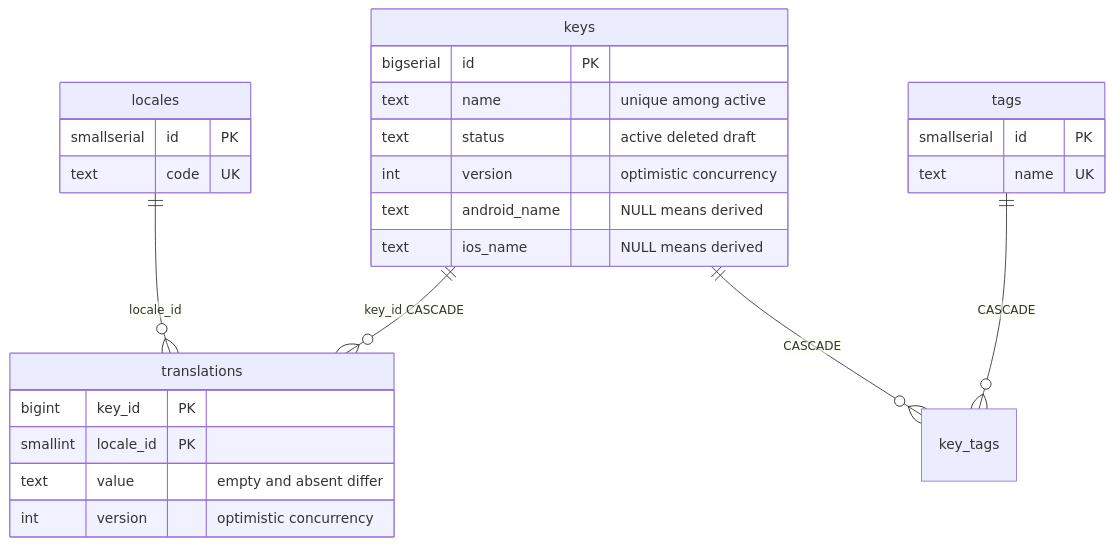
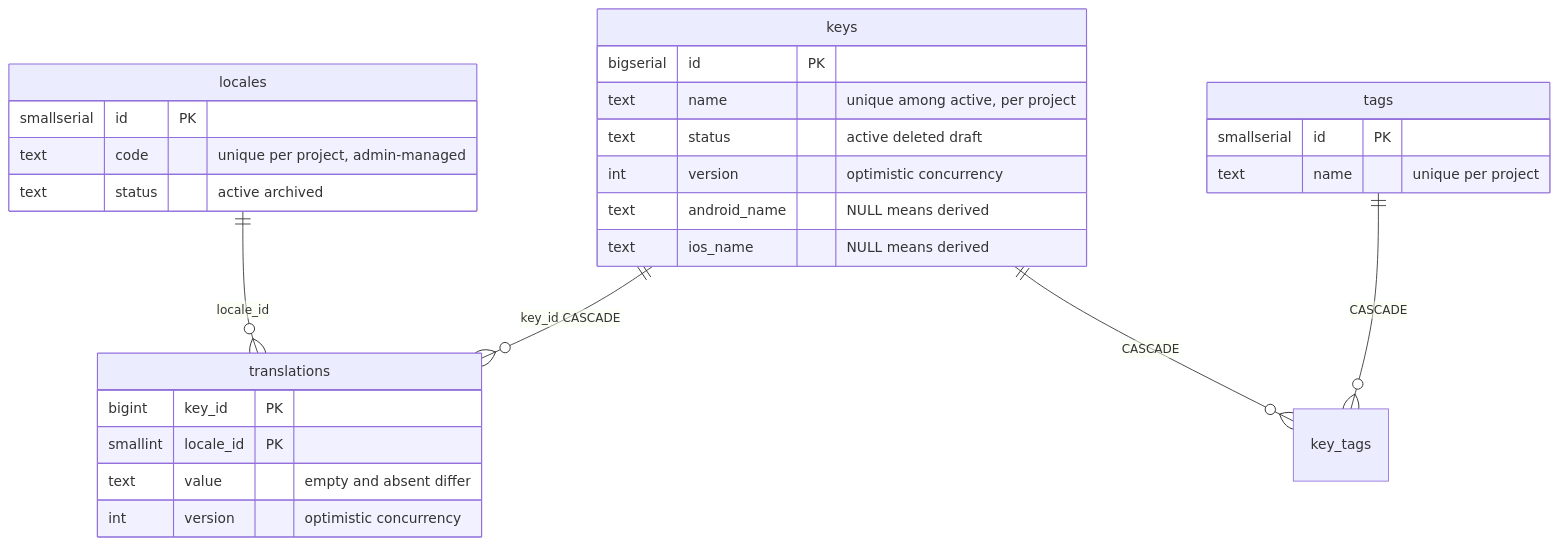
Before and after one commit to ashik-saini/u-l10n: the second of 7 diagrams in docs/DATA_MODEL.md, drawn with Mermaid. The commit also changed other lines of this file and 16 other files, not shown here.

First line of the commit message:
feat(locales): manage locales per project at runtime

````diff
--- a/docs/DATA_MODEL.md
+++ b/docs/DATA_MODEL.md
@@ -11,30 +44,31 @@
 ```mermaid
 erDiagram
     locales ||--o{ translations : "locale_id"
     keys ||--o{ translations : "key_id CASCADE"
     keys ||--o{ key_tags : "CASCADE"
     tags ||--o{ key_tags : "CASCADE"
 
     keys {
         bigserial id PK
-        text name "unique among active"
+        text name "unique among active, per project"
         text status "active deleted draft"
         int version "optimistic concurrency"
         text android_name "NULL means derived"
         text ios_name "NULL means derived"
     }
     translations {
         bigint key_id PK
         smallint locale_id PK
         text value "empty and absent differ"
         int version "optimistic concurrency"
     }
     locales {
         smallserial id PK
-        text code UK
+        text code "unique per project, admin-managed"
+        text status "active archived"
     }
     tags {
         smallserial id PK
-        text name UK
+        text name "unique per project"
     }
 ```
````
